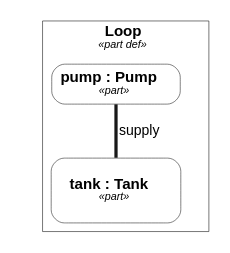
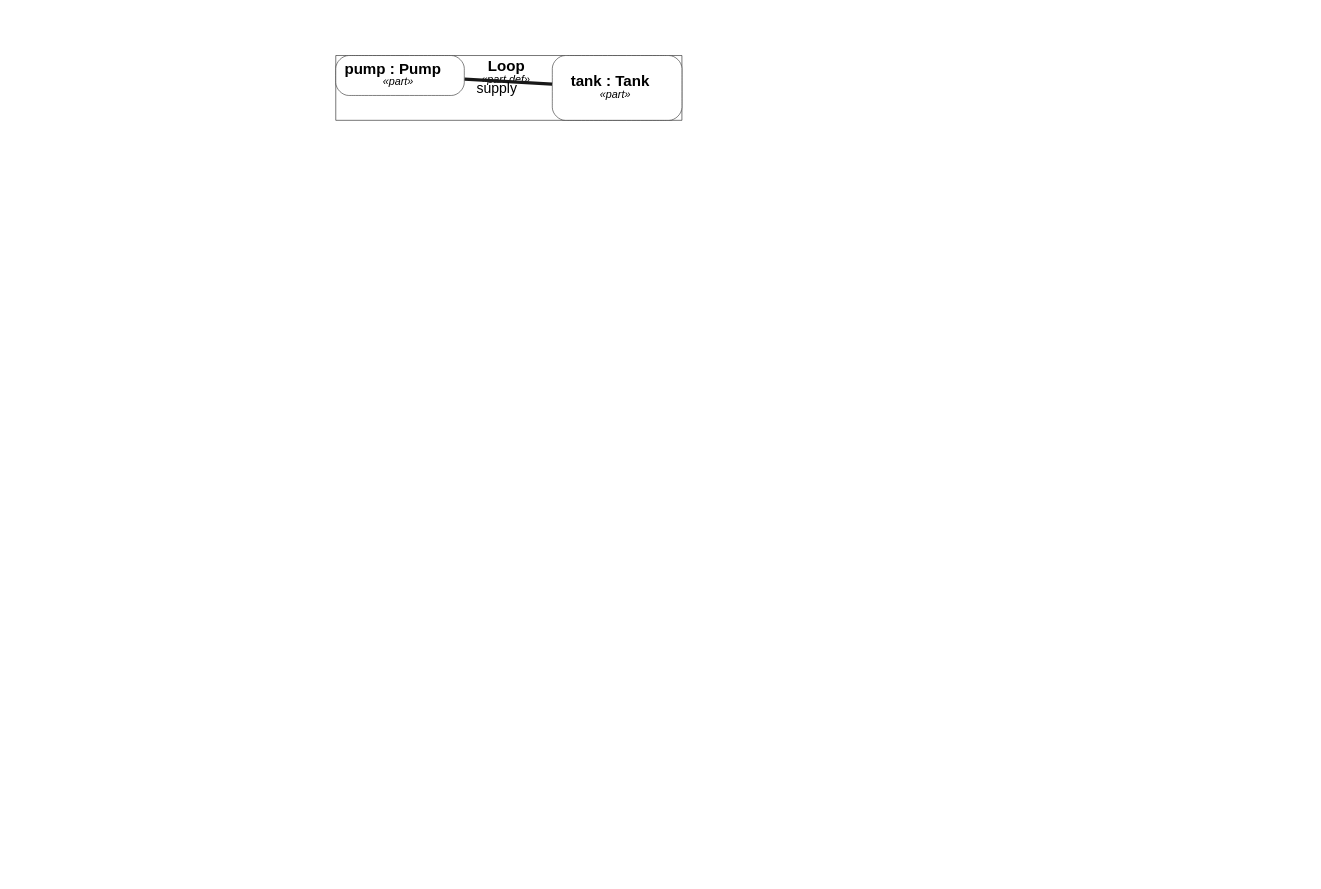
One commit to Open-MBEE/OpenSysML changed the second of 3 diagrams in docs/project/view-rendering-forms.md. Above: the diagram before and after it, drawn with Graphviz. The commit also changed other lines of this file and 10 other files, not shown here.

Commit message:
fix(views): scope simple labels to declared nodes and name layout=neato in positioned DOT

````diff
--- a/docs/project/view-rendering-forms.md
+++ b/docs/project/view-rendering-forms.md
@@ -378,24 +378,24 @@
 ```dot
 // view: PlantViews::placedView
 // kind: interconnection
 // stated: render asInterconnectionDiagram
 // canvas: unit=px w=1200 h=800
 // layout: neato -n2
 digraph "PlantViews::placedView" {
-  graph [fontname="Helvetica", inputscale=72, dpi=72];
+  graph [fontname="Helvetica", layout=neato, inputscale=72, dpi=72];
   node [shape=box, style=filled, fillcolor=white, color="#181818", fontname="Helvetica", fontsize=14, penwidth=0.5];
   edge [color="#181818", fontname="Helvetica", fontsize=13, penwidth=1];
   "canvas:0" [shape=point, style=invis, width=0, height=0, label="", pos="0,800!", pin=true];
   "canvas:1" [shape=point, style=invis, width=0, height=0, label="", pos="1200,0!", pin=true];
   subgraph "cluster_n0" {
     label=<<b>Loop</b><br/><font point-size="10"><i>«part def»</i></font>>;
     color=black;
     penwidth=0.5;
     bb="292,692,628,768";
     "n0" [shape=point, style=invis, width=0, height=0, label="", pos="460,730!", pin=true];
     "n1" [style="rounded,filled", label=<<b>pump : Pump</b><br/><font point-size="10"><i>«part»</i></font>>, pos="359,741.5!", pin=true, width=1.6388888888888888, height=0.5138888888888888, comment="collapsed"];
     "n2" [style="rounded,filled", label=<<b>tank : Tank</b><br/><font point-size="10"><i>«part»</i></font>>, margin=0, pos="560,730!", pin=true, width=1.6666666666666667, height=0.8333333333333334, fixedsize=true];
   }
   "n1" -> "n2" [label="supply", arrowhead=none, penwidth=3, pos="400,730 400,730 450,680 450,680 450,680 500,730 500,730"];
 }
 ```
````
